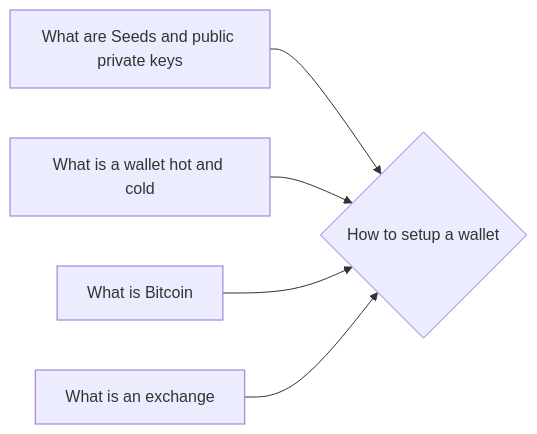
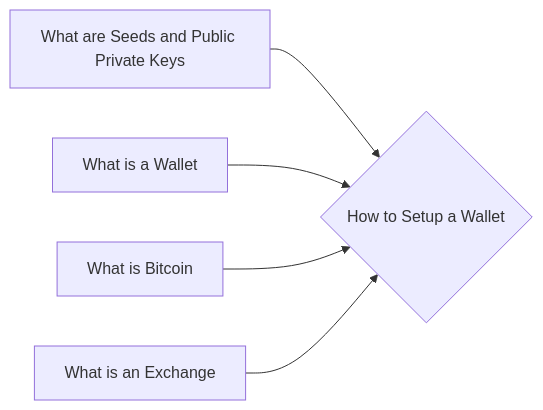
The diagram in notes/How_to_Setup_a_Wallet.md (lpurdy01/crypto-knowledge-map), drawn with Mermaid before and after one commit. The commit also changed 50 other files, not shown here.

````diff
--- a/notes/How_to_Setup_a_Wallet.md
+++ b/notes/How_to_Setup_a_Wallet.md
@@ -17,7 +17,7 @@
 ```mermaid
 graph LR
-1["What are Seeds and public private keys"]-->0{"How to setup a wallet"}
-2["What is a wallet hot and cold"]-->0{"How to setup a wallet"}
-3["What is Bitcoin"]-->0{"How to setup a wallet"}
-4["What is an exchange"]-->0{"How to setup a wallet"}
+1["What are Seeds and Public Private Keys"]-->0{"How to Setup a Wallet"}
+2["What is a Wallet"]-->0{"How to Setup a Wallet"}
+3["What is Bitcoin"]-->0{"How to Setup a Wallet"}
+4["What is an Exchange"]-->0{"How to Setup a Wallet"}
 ```
````
